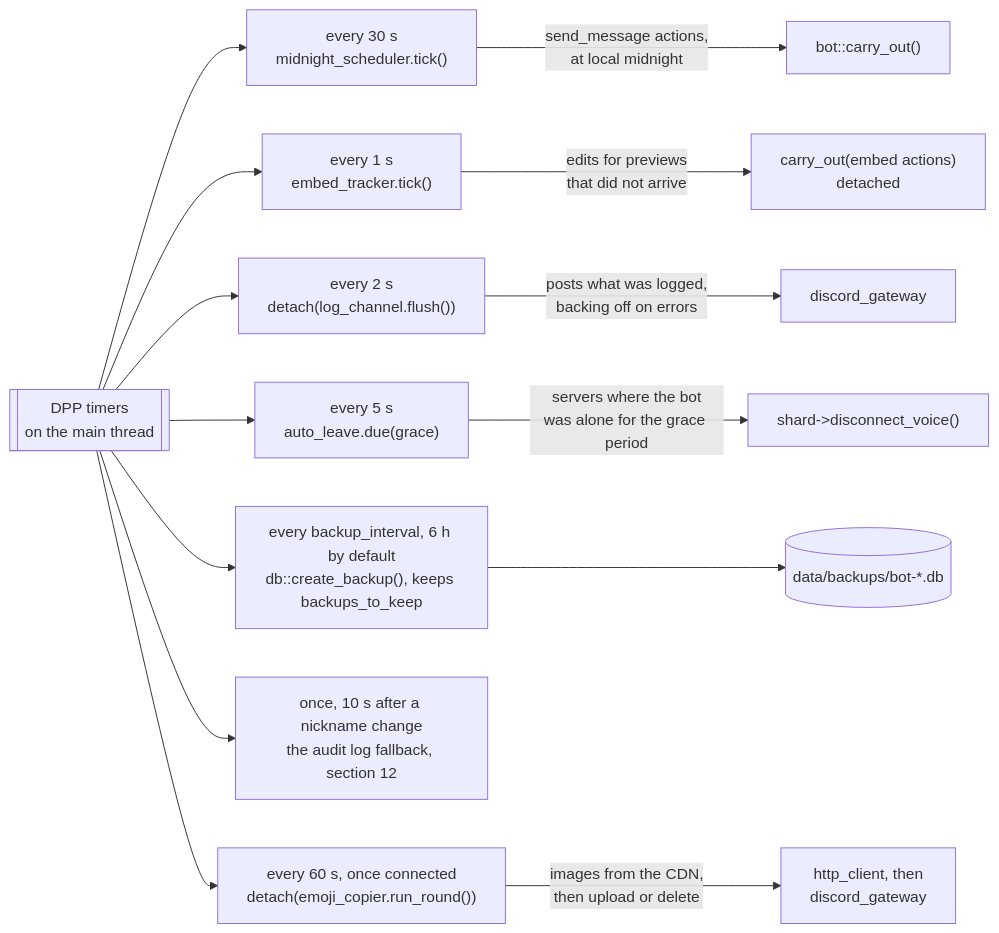
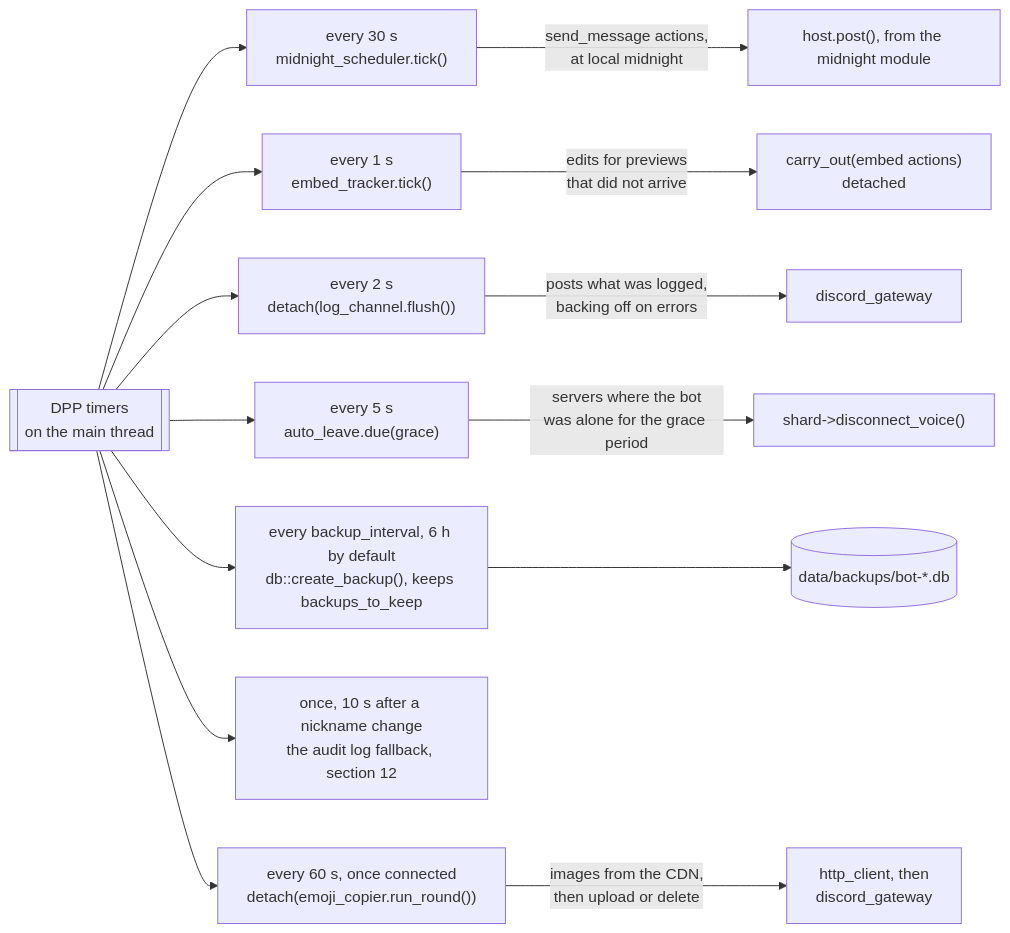
Diagram 13 of 14 in docs/architecture/Execution_Flow.md (mhorn00/LatiBot-cpp), drawn with Mermaid before and after one commit. The commit also changed other lines of this file and 28 other files, not shown here.

First line of the commit message:
modules: midnight is the first module

````diff
--- a/docs/architecture/Execution_Flow.md
+++ b/docs/architecture/Execution_Flow.md
@@ -710,21 +711,21 @@
 ```mermaid
 flowchart LR
     dpp[["DPP timers<br/>on the main thread"]]
 
     m["every 30 s<br/>midnight_scheduler.tick()"]
     e["every 1 s<br/>embed_tracker.tick()"]
     l["every 2 s<br/>detach(log_channel.flush())"]
     a["every 5 s<br/>auto_leave.due(grace)"]
     b["every backup_interval, 6 h by default<br/>db::create_backup(), keeps backups_to_keep"]
     n["once, 10 s after a nickname change<br/>the audit log fallback, section 12"]
     c["every 60 s, once connected<br/>detach(emoji_copier.run_round())"]
 
     dpp --> m & e & l & a & b & n & c
 
-    m -- "send_message actions,<br/>at local midnight" --> carry["bot::carry_out()"]
+    m -- "send_message actions,<br/>at local midnight" --> carry["host.post(), from the midnight module"]
     e -- "edits for previews<br/>that did not arrive" --> carryE["carry_out(embed actions)<br/>detached"]
     l -- "posts what was logged,<br/>backing off on errors" --> gw["discord_gateway"]
     a -- "servers where the bot<br/>was alone for the grace period" --> leave["shard->disconnect_voice()"]
     b --> file[("data/backups/bot-*.db")]
     c -- "images from the CDN,<br/>then upload or delete" --> copies["http_client, then<br/>discord_gateway"]
 ```
````
